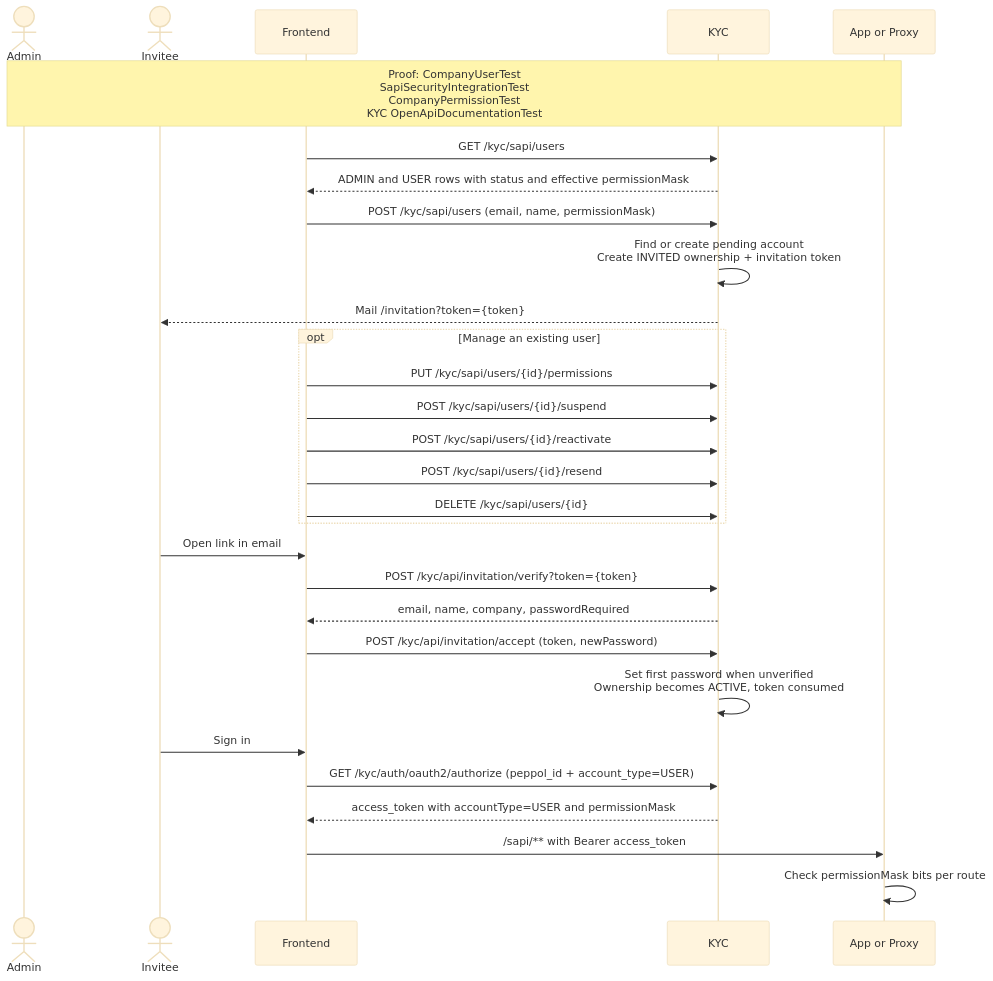
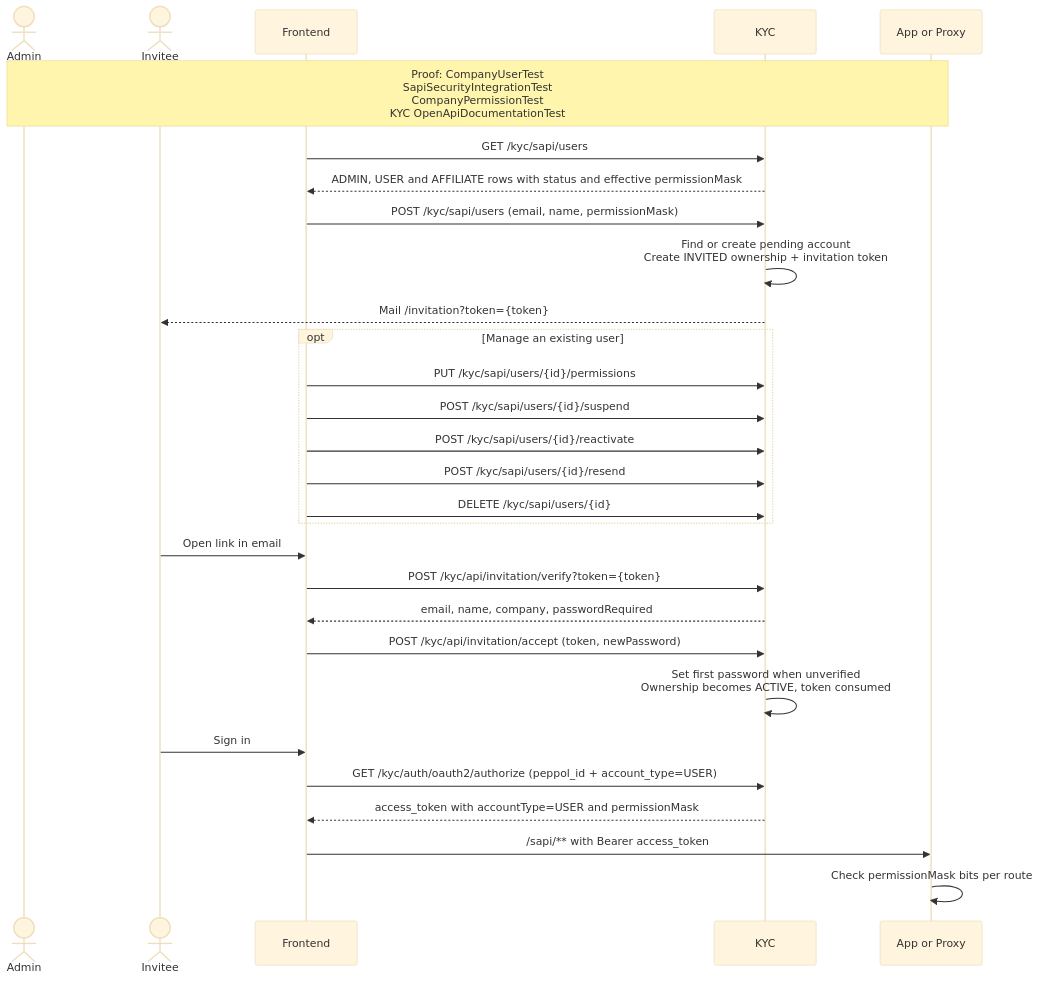
The diagram in readme/api-company-users.md (letspeppol/letspeppol), drawn with Mermaid (base theme) before and after one commit. The commit also changed other lines of this file and 31 other files, not shown here.

````diff
--- a/readme/api-company-users.md
+++ b/readme/api-company-users.md
@@ -10,32 +10,32 @@
 ```mermaid
 sequenceDiagram
     actor Admin
     actor Invitee
     participant UI as Frontend
     participant KYC
     participant API as App or Proxy
 
     Note over Admin,API: Proof: CompanyUserTest<br/>SapiSecurityIntegrationTest<br/>CompanyPermissionTest<br/>KYC OpenApiDocumentationTest
     UI->>KYC: GET /kyc/sapi/users
-    KYC-->>UI: ADMIN and USER rows with status and effective permissionMask
+    KYC-->>UI: ADMIN, USER and AFFILIATE rows with status and effective permissionMask
     UI->>KYC: POST /kyc/sapi/users (email, name, permissionMask)
     KYC->>KYC: Find or create pending account<br/>Create INVITED ownership + invitation token
     KYC-->>Invitee: Mail /invitation?token={token}
     opt Manage an existing user
         UI->>KYC: PUT /kyc/sapi/users/{id}/permissions
         UI->>KYC: POST /kyc/sapi/users/{id}/suspend
         UI->>KYC: POST /kyc/sapi/users/{id}/reactivate
         UI->>KYC: POST /kyc/sapi/users/{id}/resend
         UI->>KYC: DELETE /kyc/sapi/users/{id}
     end
     Invitee->>UI: Open link in email
     UI->>KYC: POST /kyc/api/invitation/verify?token={token}
     KYC-->>UI: email, name, company, passwordRequired
     UI->>KYC: POST /kyc/api/invitation/accept (token, newPassword)
     KYC->>KYC: Set first password when unverified<br/>Ownership becomes ACTIVE, token consumed
     Invitee->>UI: Sign in
     UI->>KYC: GET /kyc/auth/oauth2/authorize (peppol_id + account_type=USER)
     KYC-->>UI: access_token with accountType=USER and permissionMask
     UI->>API: /sapi/** with Bearer access_token
     API->>API: Check permissionMask bits per route
 ```
````
